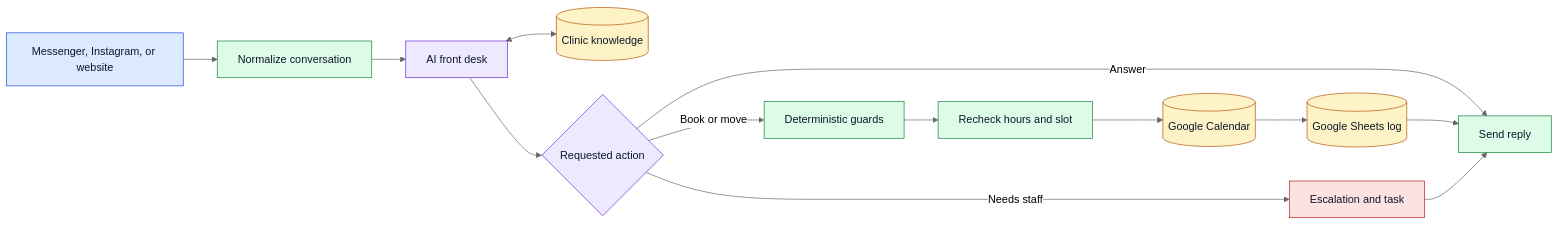
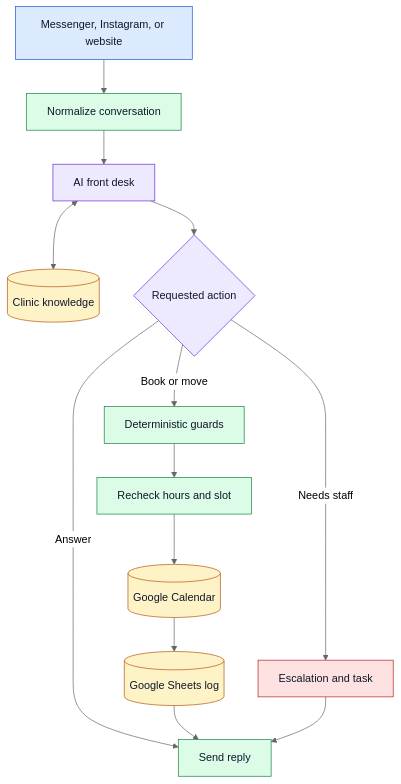
Before and after one commit to a3s5jj/dental-ai-frontdesk-oss: the diagram in README.md, drawn with Mermaid (neutral theme).

Commit message:
Make README diagram readable at GitHub width
GitHub scales a README diagram down to fit a column about 823px wide.
Drawn left to right, this one was 2280px across, so it shrank to 36%
and its labels rendered at roughly 6px against 16px body text.

Top-down keeps it at full size, at the cost of height.

````diff
--- a/README.md
+++ b/README.md
@@ -33,26 +33,26 @@
 ```mermaid
-flowchart LR
+flowchart TD
   A[Messenger, Instagram, or website] --> B[Normalize conversation]
   B --> C[AI front desk]
   C <--> D[(Clinic knowledge)]
   C --> E{Requested action}
   E -->|Answer| R[Send reply]
   E -->|Book or move| G[Deterministic guards]
   G --> H[Recheck hours and slot]
   H --> I[(Google Calendar)]
   I --> J[(Google Sheets log)]
   J --> R
   E -->|Needs staff| K[Escalation and task]
   K --> R
 
   classDef entry fill:#dbeafe,stroke:#1d4ed8,color:#0f172a
   classDef ai fill:#ede9fe,stroke:#6d28d9,color:#0f172a
   classDef logic fill:#dcfce7,stroke:#15803d,color:#0f172a
   classDef ext fill:#fef3c7,stroke:#b45309,color:#0f172a
   classDef stop fill:#fee2e2,stroke:#b91c1c,color:#0f172a
   class A entry
   class C,E ai
   class B,G,H,R logic
   class D,I,J ext
   class K stop
 ```
````
